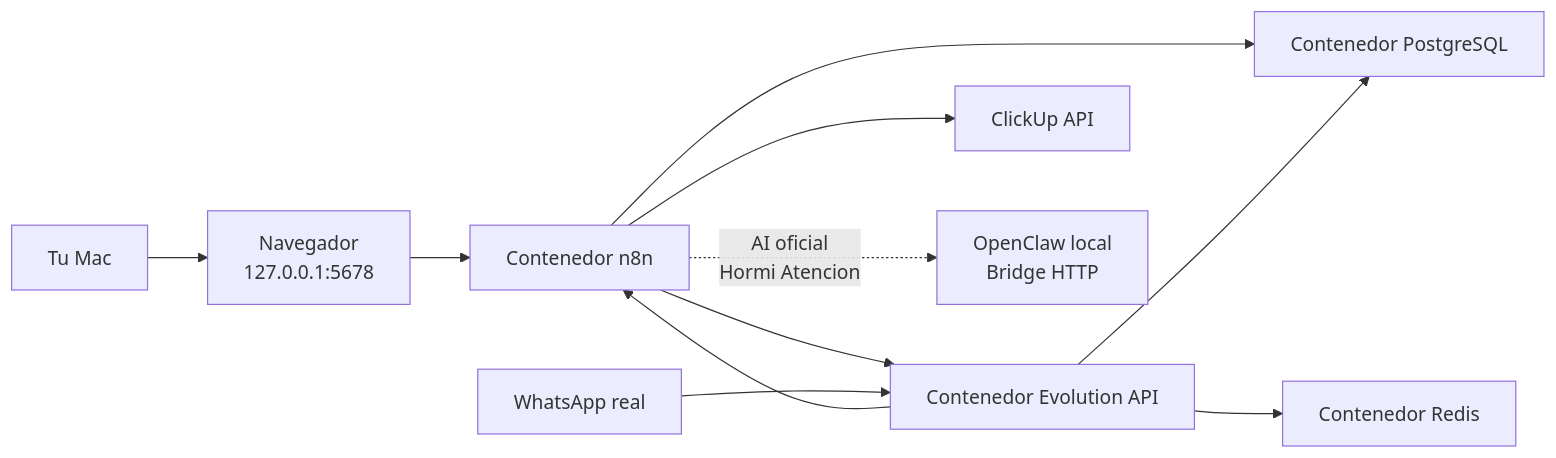
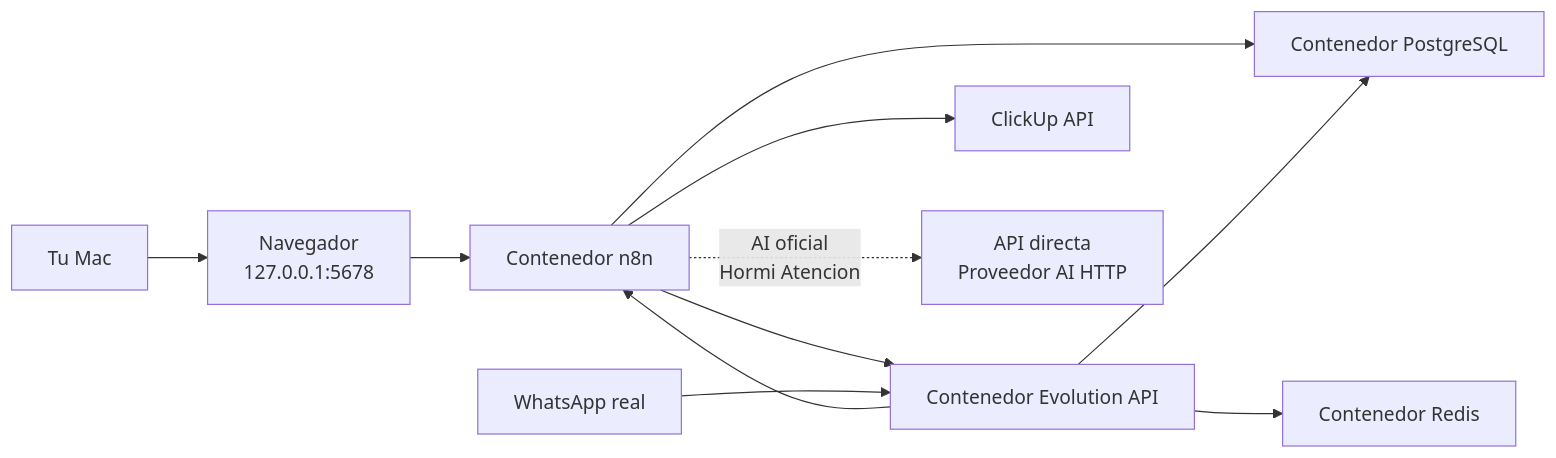
Before and after one commit to juanpablovM/Automatizacion-WhatsApp: the diagram in docs/arquitectura.md, drawn with Mermaid. The commit also changed other lines of this file and 17 other files, not shown here.

Commit message:
Remove OpenClaw integration

````diff
--- a/docs/arquitectura.md
+++ b/docs/arquitectura.md
@@ -33,13 +33,13 @@
 ```mermaid
 flowchart LR
     User["Tu Mac"] --> Browser["Navegador<br/>127.0.0.1:5678"]
     Browser --> N8N["Contenedor n8n"]
     N8N --> PG["Contenedor PostgreSQL"]
     N8N --> EVO["Contenedor Evolution API"]
     EVO --> REDIS["Contenedor Redis"]
     EVO --> PG
     N8N --> CU["ClickUp API"]
-    N8N -.->|AI oficial<br/>Hormi Atencion| OC["OpenClaw local<br/>Bridge HTTP"]
+    N8N -.->|AI oficial<br/>Hormi Atencion| OC["API directa<br/>Proveedor AI HTTP"]
     WA["WhatsApp real"] --> EVO
     EVO --> N8N
 ```
````
